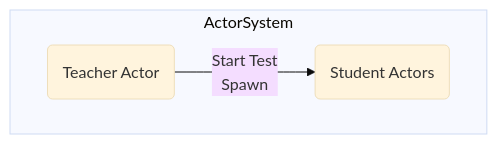
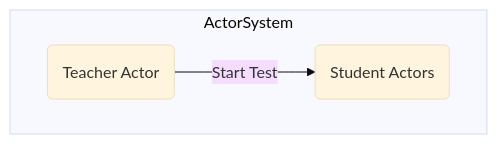
One commit to ytake/phpcon-okinawa-example changed the fifth of 9 diagrams in readme.md. Above: the diagram before and after it, drawn with Mermaid (base theme). The commit also changed other lines of this file, not shown here.

````diff
--- a/readme.md
+++ b/readme.md
@@ -86,6 +87,6 @@
 ```mermaid
 flowchart TD
     subgraph ActorSystem
-        Teacher("Teacher Actor") -->|Start Test\nSpawn| StudentActor("Student Actors")
+        Teacher("Teacher Actor") -->|Start Test| StudentActor("Student Actors")
     end
 ```
````
